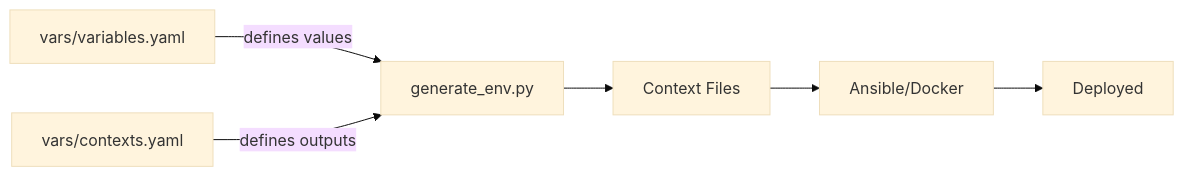
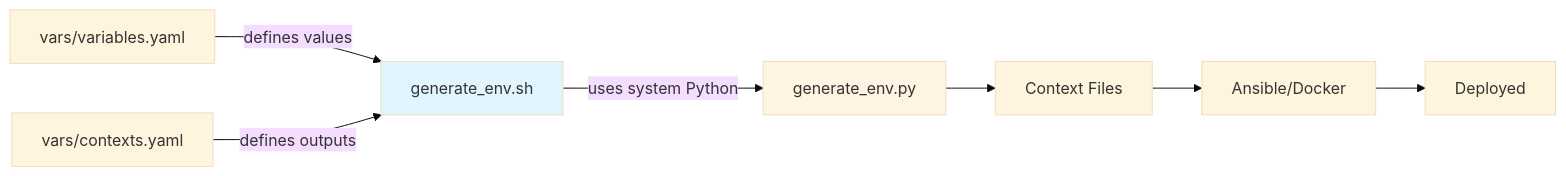
The diagram in docs/Variable_Flow.md (gxbrooks/spark-observability), drawn with Mermaid (base theme) before and after one commit. The commit also changed other lines of this file and 18 other files, not shown here.

````diff
--- a/docs/Variable_Flow.md
+++ b/docs/Variable_Flow.md
@@ -73,8 +79,12 @@
 ```mermaid
 flowchart LR
-    A[vars/variables.yaml] -->|defines values| B[generate_env.py]
+    A[vars/variables.yaml] -->|defines values| B[generate_env.sh]
     C[vars/contexts.yaml] -->|defines outputs| B
-    B --> D[Context Files]
-    D --> E[Ansible/Docker]
-    E --> F[Deployed]
+    B -->|uses system Python| D[generate_env.py]
+    D --> E[Context Files]
+    E --> F[Ansible/Docker]
+    F --> G[Deployed]
+    
+    style B fill:#e1f5ff
+    style D fill:#fff4e1
 ```
````
